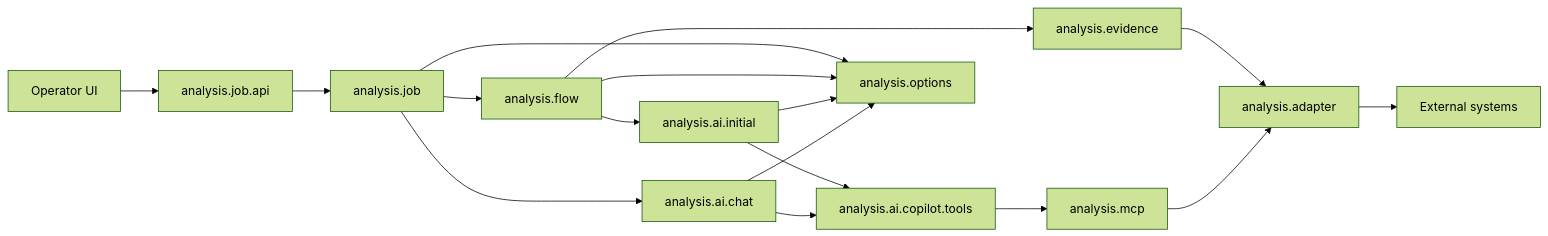
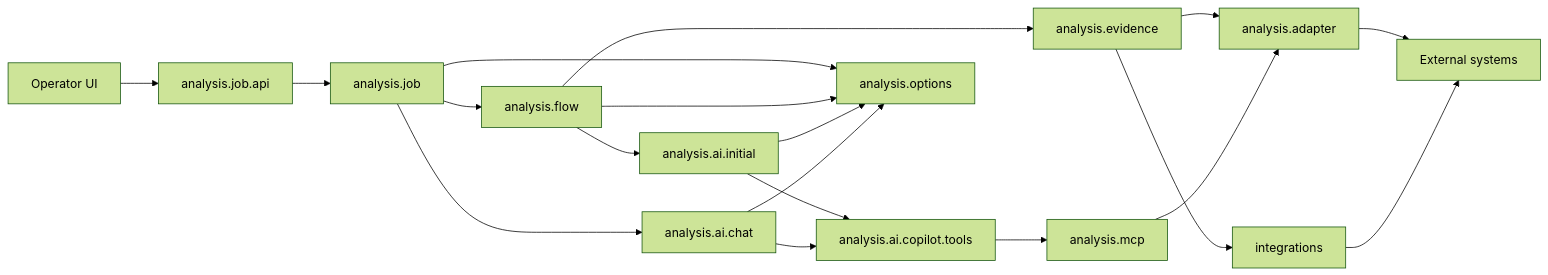
One commit to herald-assistant/incident-tracker changed the first of 2 diagrams in docs/architecture/05-package-dependencies.md. Above: the diagram before and after it, drawn with Mermaid (forest theme). The commit also changed other lines of this file and 25 other files, not shown here.

````diff
--- a/docs/architecture/05-package-dependencies.md
+++ b/docs/architecture/05-package-dependencies.md
@@ -85,23 +88,25 @@
 ```mermaid
 flowchart LR
     OP["Operator UI"] --> JOBAPI["analysis.job.api"]
     JOBAPI --> JOB["analysis.job"]
     JOB --> FLOW["analysis.flow"]
 
     FLOW --> EVIDENCE["analysis.evidence"]
     EVIDENCE --> ADAPTER["analysis.adapter"]
+    EVIDENCE --> INTEGRATIONS["integrations"]
     ADAPTER --> EXT["External systems"]
+    INTEGRATIONS --> EXT
 
     FLOW --> INITIAL["analysis.ai.initial"]
     INITIAL --> TOOLS["analysis.ai.copilot.tools"]
     TOOLS --> MCP["analysis.mcp"]
     MCP --> ADAPTER
 
     JOB --> CHAT
     CHAT["analysis.ai.chat"] --> TOOLS
 
     JOB --> OPTIONS["analysis.options"]
     FLOW --> OPTIONS
     INITIAL --> OPTIONS
     CHAT --> OPTIONS
 ```
````
